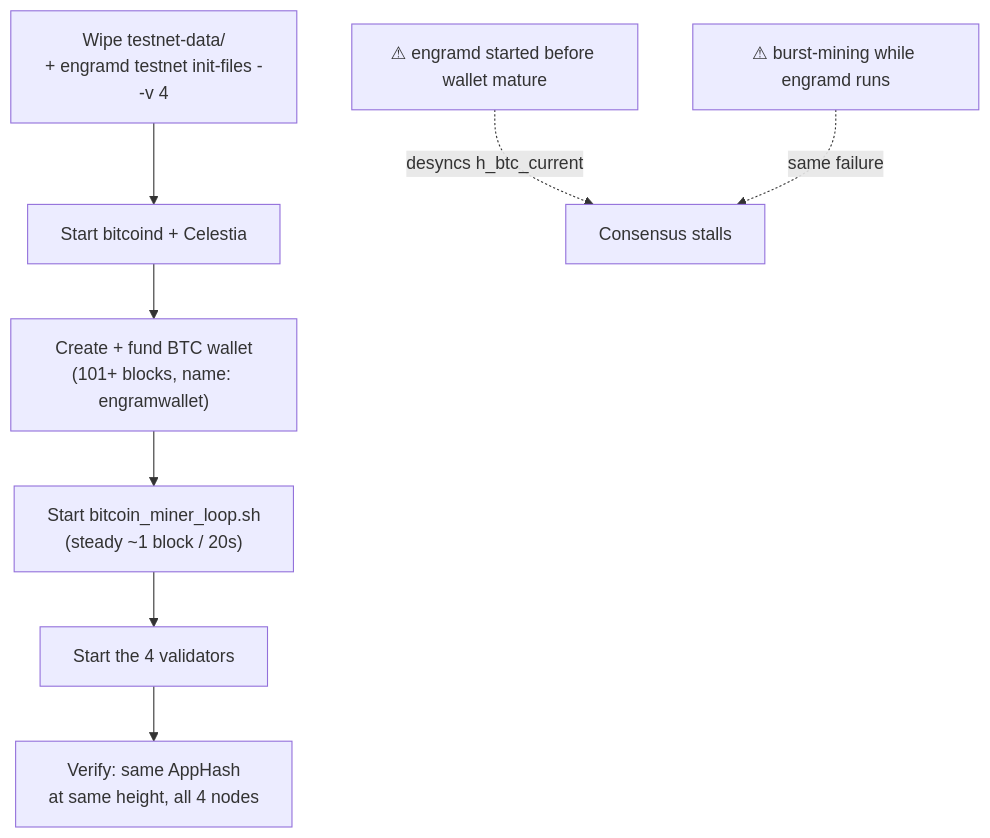
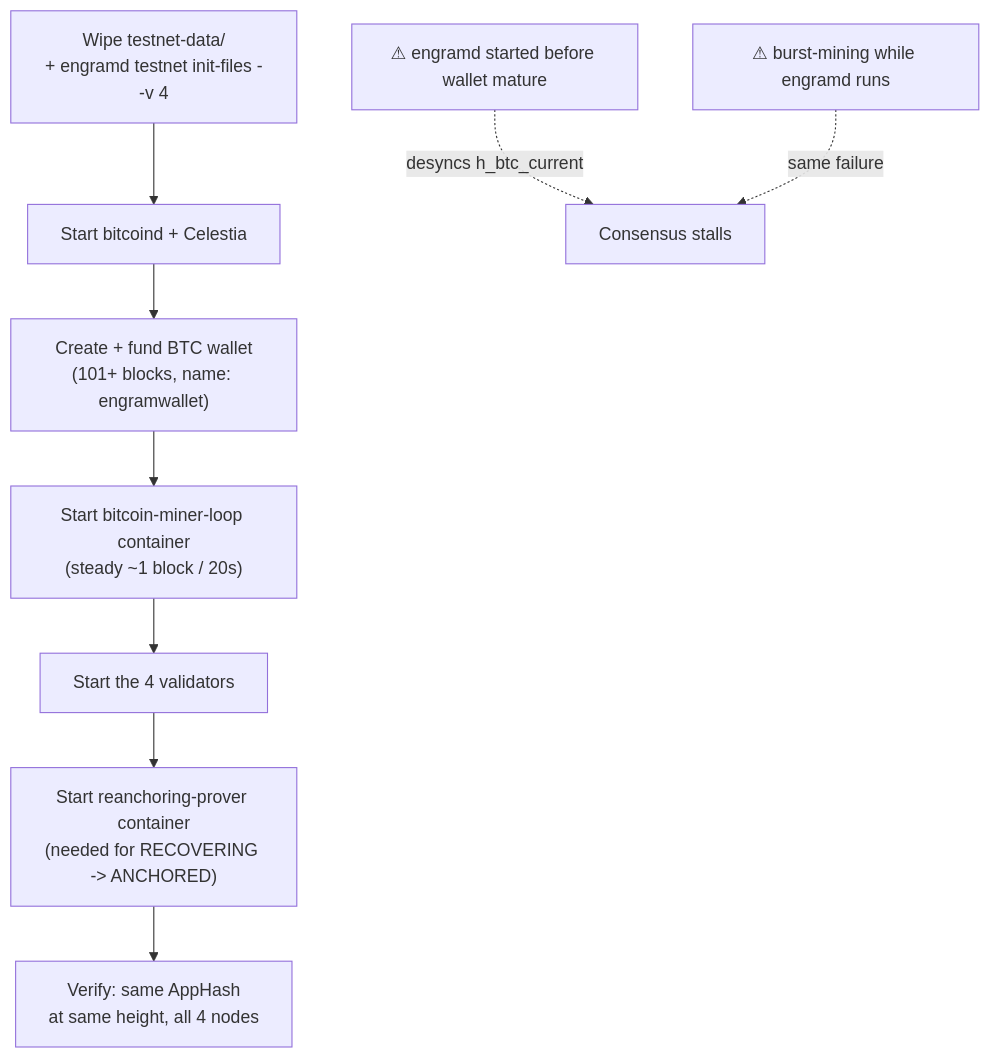
One commit to cuongct924/engram-sovereign-fsm changed the second of 3 diagrams in docs/DEVELOPMENT.md. Above: the diagram before and after it, drawn with Mermaid. The commit also changed other lines of this file and 1 other file, not shown here.

First line of the commit message:
docs: refresh ARCHITECTURE.md/DEVELOPMENT.md for the containerized miner-loop/prover setup

````diff
--- a/docs/DEVELOPMENT.md
+++ b/docs/DEVELOPMENT.md
@@ -111,11 +111,12 @@
 ```mermaid
 flowchart TD
     A["Wipe testnet-data/\n+ engramd testnet init-files --v 4"] --> B["Start bitcoind + Celestia"]
     B --> C["Create + fund BTC wallet\n(101+ blocks, name: engramwallet)"]
-    C --> D["Start bitcoin_miner_loop.sh\n(steady ~1 block / 20s)"]
+    C --> D["Start bitcoin-miner-loop container\n(steady ~1 block / 20s)"]
     D --> E["Start the 4 validators"]
-    E --> F["Verify: same AppHash\nat same height, all 4 nodes"]
+    E --> F["Start reanchoring-prover container\n(needed for RECOVERING -> ANCHORED)"]
+    F --> Ver["Verify: same AppHash\nat same height, all 4 nodes"]
 
     G["⚠ engramd started before wallet mature"] -.->|desyncs h_btc_current| H["Consensus stalls"]
     I["⚠ burst-mining while engramd runs"] -.->|same failure| H
 ```
````
